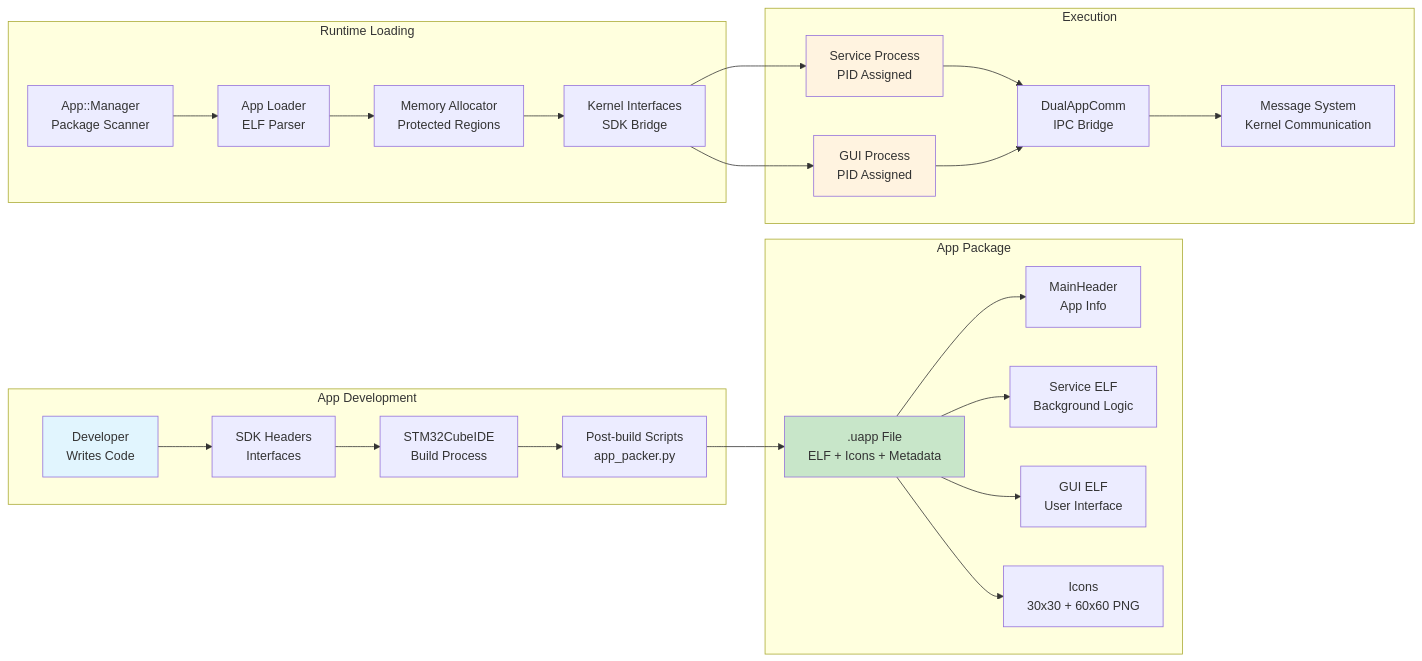
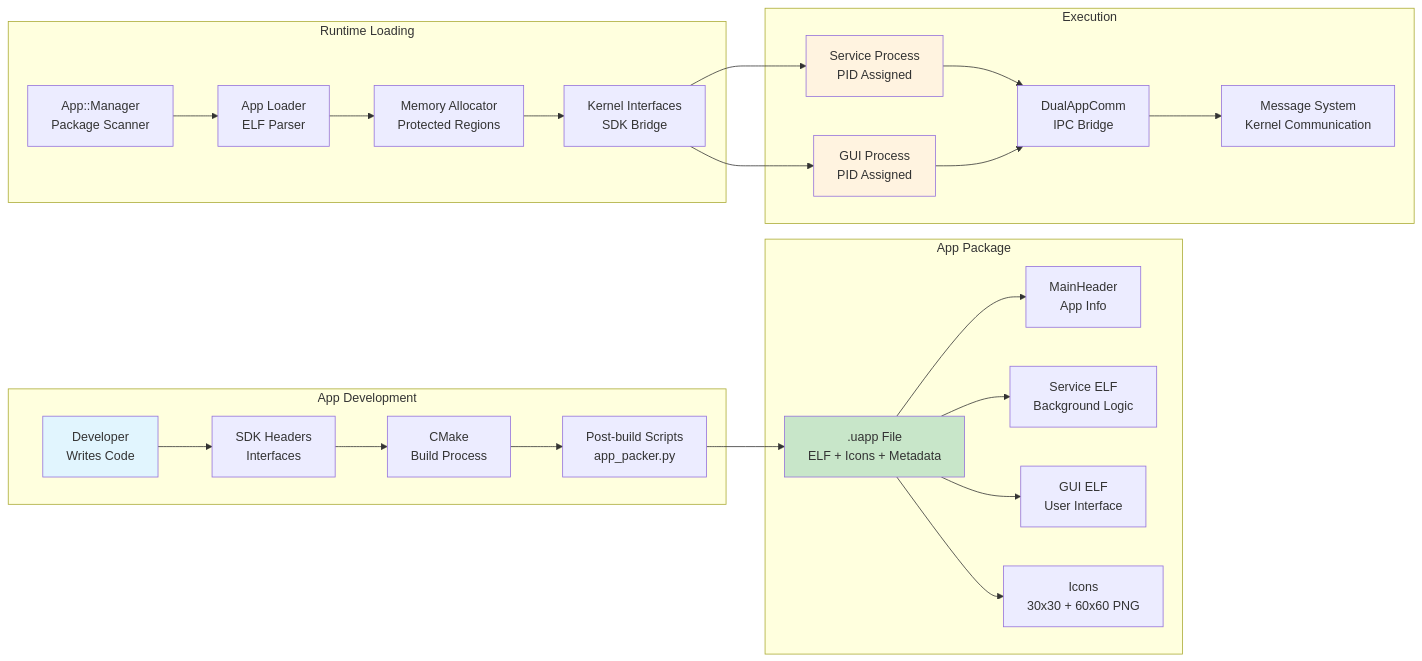
The seventh of 7 diagrams in Docs/development-workflow.md (UNAWatch/una-sdk), drawn with Mermaid before and after one commit. The commit also changed other lines of this file and 98 other files, not shown here.

First line of the commit message:
build(apps): remove CubeIDE app projects and standardize CMake workflow

````diff
--- a/Docs/development-workflow.md
+++ b/Docs/development-workflow.md
@@ -563,56 +560,56 @@
 ```mermaid
 graph LR
     subgraph "App Development"
         DEV[Developer<br/>Writes Code]
         SDK[SDK Headers<br/>Interfaces]
-        BUILD[STM32CubeIDE<br/>Build Process]
+        BUILD[CMake<br/>Build Process]
         PACK[Post-build Scripts<br/>app_packer.py]
     end
 
     subgraph "App Package"
         UAPP[.uapp File<br/>ELF + Icons + Metadata]
         HEADER[MainHeader<br/>App Info]
         SERVICE[Service ELF<br/>Background Logic]
         GUI[GUI ELF<br/>User Interface]
         ICONS[Icons<br/>30x30 + 60x60 PNG]
     end
 
     subgraph "Runtime Loading"
         MANAGER[App::Manager<br/>Package Scanner]
         LOADER[App Loader<br/>ELF Parser]
         MEMORY[Memory Allocator<br/>Protected Regions]
         KERNEL[Kernel Interfaces<br/>SDK Bridge]
     end
 
     subgraph "Execution"
         SRV_PROCESS[Service Process<br/>PID Assigned]
         GUI_PROCESS[GUI Process<br/>PID Assigned]
         COMM[DualAppComm<br/>IPC Bridge]
         MESSAGES[Message System<br/>Kernel Communication]
     end
 
     DEV --> SDK
     SDK --> BUILD
     BUILD --> PACK
     PACK --> UAPP
 
     UAPP --> HEADER
     UAPP --> SERVICE
     UAPP --> GUI
     UAPP --> ICONS
 
     MANAGER --> LOADER
     LOADER --> MEMORY
     MEMORY --> KERNEL
 
     KERNEL --> SRV_PROCESS
     KERNEL --> GUI_PROCESS
     SRV_PROCESS --> COMM
     GUI_PROCESS --> COMM
     COMM --> MESSAGES
 
     style DEV fill:#e1f5fe
     style UAPP fill:#c8e6c9
     style SRV_PROCESS fill:#fff3e0
     style GUI_PROCESS fill:#fff3e0
 ```
````
